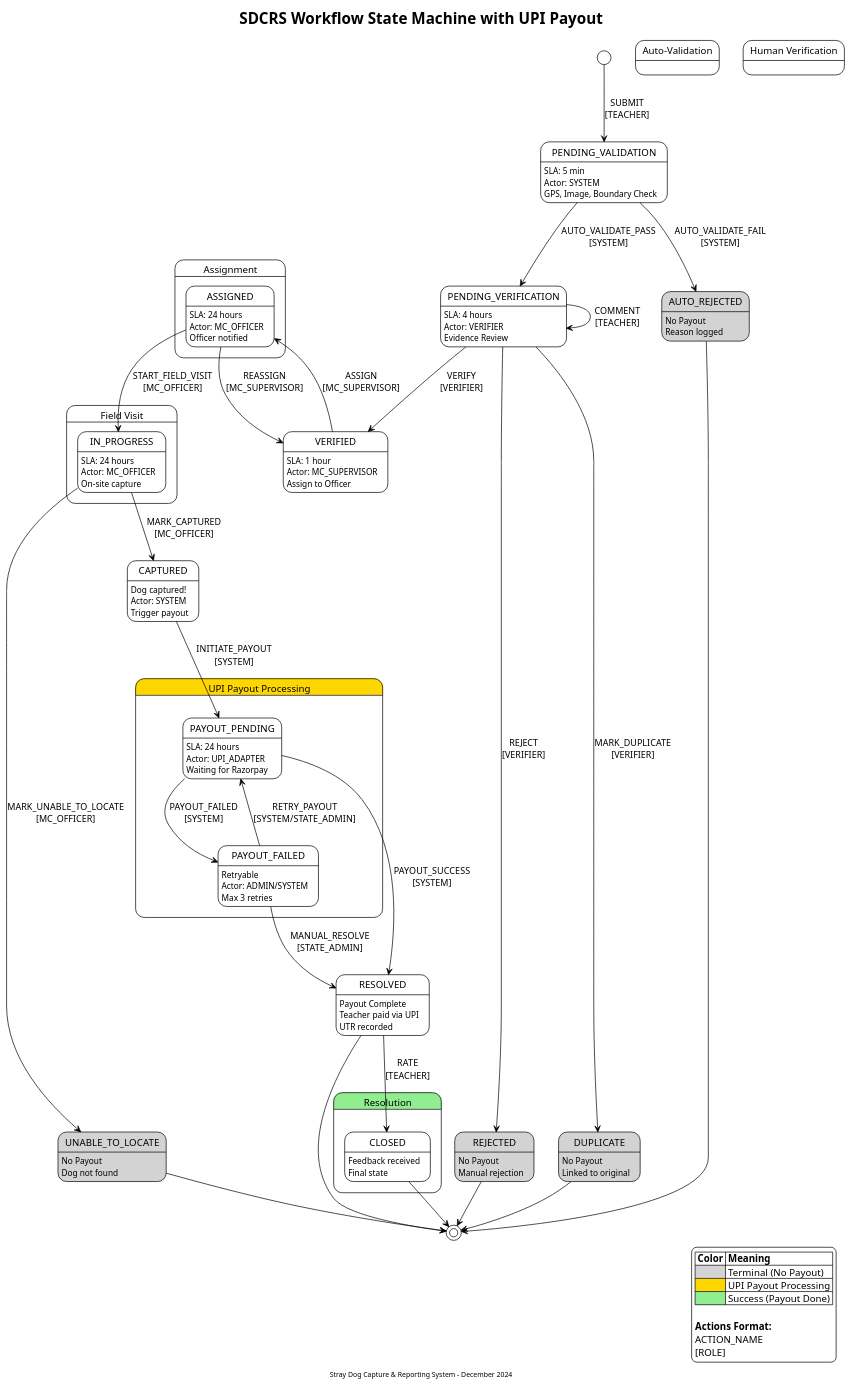
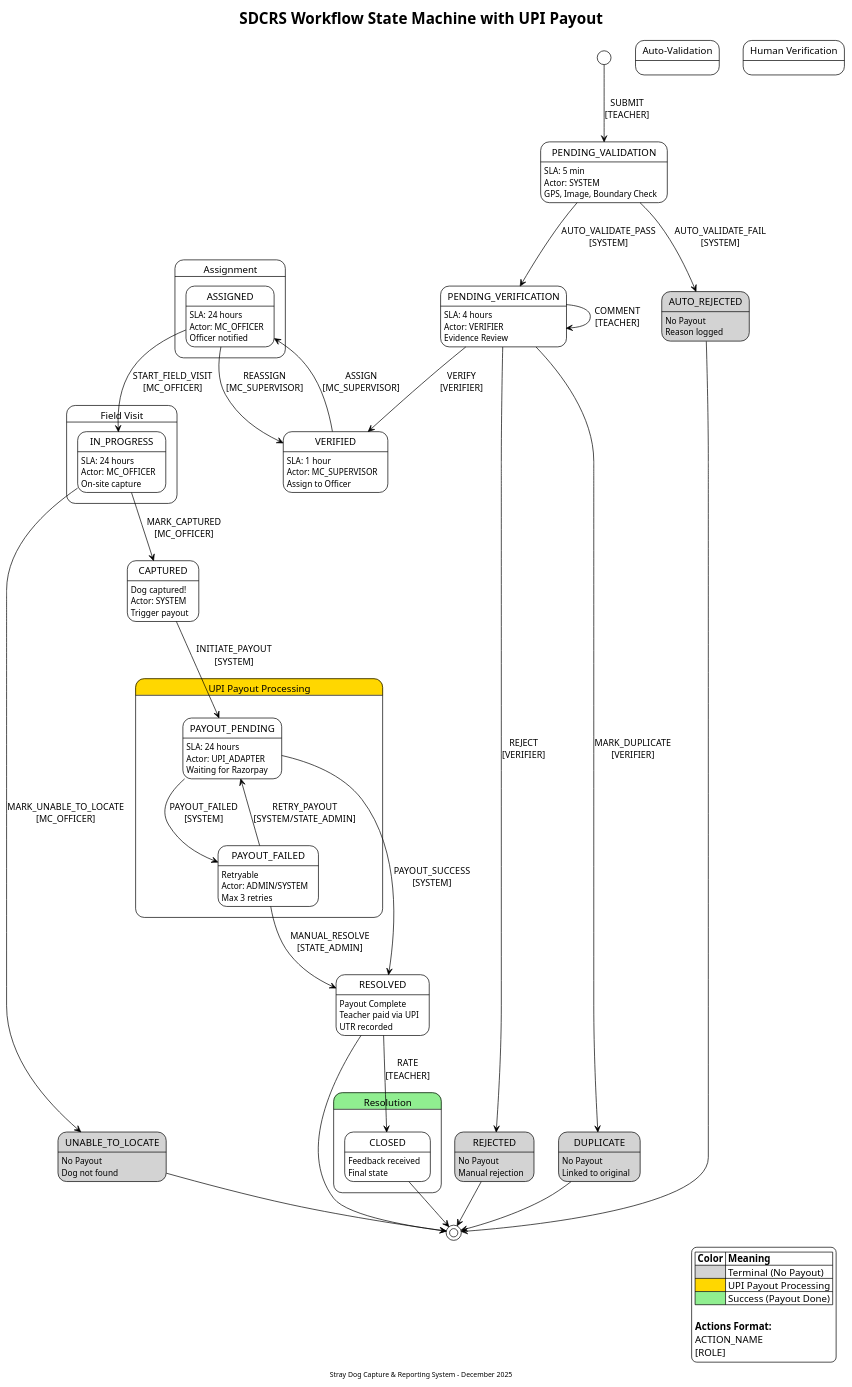
The diagram in design-outputs/06-workflow/SDCRS_StateMachine_UPI.puml (ChakshuGautam/stray-dog-capture-DIGIT), drawn with PlantUML before and after one commit. The commit also changed 7 other files, not shown here.

```diff
--- a/design-outputs/06-workflow/SDCRS_StateMachine_UPI.puml
+++ b/design-outputs/06-workflow/SDCRS_StateMachine_UPI.puml
@@ -1,146 +1,146 @@
 @startuml SDCRS_StateMachine_UPI
 !theme plain
 title SDCRS Workflow State Machine with UPI Payout
-footer Stray Dog Capture & Reporting System - December 2024
+footer Stray Dog Capture & Reporting System - December 2025
 
 ' Styling
 skinparam state {
   BackgroundColor<<terminal>> LightGray
   BackgroundColor<<success>> LightGreen
   BackgroundColor<<payout>> Gold
   BorderColor Black
 }
 
 ' =========================================================
 ' STATE MACHINE DEFINITION
 ' =========================================================
 
 [*] --> PENDING_VALIDATION : SUBMIT\n[TEACHER]
 
 ' VALIDATION PHASE
 state "Auto-Validation" as validation {
   PENDING_VALIDATION : SLA: 5 min
   PENDING_VALIDATION : Actor: SYSTEM
   PENDING_VALIDATION : GPS, Image, Boundary Check
 }
 
 PENDING_VALIDATION --> PENDING_VERIFICATION : AUTO_VALIDATE_PASS\n[SYSTEM]
 PENDING_VALIDATION --> AUTO_REJECTED : AUTO_VALIDATE_FAIL\n[SYSTEM]
 
 state AUTO_REJECTED <<terminal>> {
   AUTO_REJECTED : No Payout
   AUTO_REJECTED : Reason logged
 }
 AUTO_REJECTED --> [*]
 
 ' VERIFICATION PHASE
 state "Human Verification" as verification {
   PENDING_VERIFICATION : SLA: 4 hours
   PENDING_VERIFICATION : Actor: VERIFIER
   PENDING_VERIFICATION : Evidence Review
 }
 
 PENDING_VERIFICATION --> VERIFIED : VERIFY\n[VERIFIER]
 PENDING_VERIFICATION --> REJECTED : REJECT\n[VERIFIER]
 PENDING_VERIFICATION --> DUPLICATE : MARK_DUPLICATE\n[VERIFIER]
 PENDING_VERIFICATION --> PENDING_VERIFICATION : COMMENT\n[TEACHER]
 
 state REJECTED <<terminal>> {
   REJECTED : No Payout
   REJECTED : Manual rejection
 }
 REJECTED --> [*]
 
 state DUPLICATE <<terminal>> {
   DUPLICATE : No Payout
   DUPLICATE : Linked to original
 }
 DUPLICATE --> [*]
 
 ' ASSIGNMENT PHASE
 state "Assignment" as assignment {
   VERIFIED : SLA: 1 hour
   VERIFIED : Actor: MC_SUPERVISOR
   VERIFIED : Assign to Officer
 
   ASSIGNED : SLA: 24 hours
   ASSIGNED : Actor: MC_OFFICER
   ASSIGNED : Officer notified
 }
 
 VERIFIED --> ASSIGNED : ASSIGN\n[MC_SUPERVISOR]
 ASSIGNED --> VERIFIED : REASSIGN\n[MC_SUPERVISOR]
 
 ' FIELD VISIT PHASE
 state "Field Visit" as fieldVisit {
   IN_PROGRESS : SLA: 24 hours
   IN_PROGRESS : Actor: MC_OFFICER
   IN_PROGRESS : On-site capture
 }
 
 ASSIGNED --> IN_PROGRESS : START_FIELD_VISIT\n[MC_OFFICER]
 
 IN_PROGRESS --> CAPTURED : MARK_CAPTURED\n[MC_OFFICER]
 IN_PROGRESS --> UNABLE_TO_LOCATE : MARK_UNABLE_TO_LOCATE\n[MC_OFFICER]
 
 state UNABLE_TO_LOCATE <<terminal>> {
   UNABLE_TO_LOCATE : No Payout
   UNABLE_TO_LOCATE : Dog not found
 }
 UNABLE_TO_LOCATE --> [*]
 
 ' =========================================================
 ' UPI PAYOUT PHASE (NEW)
 ' =========================================================
 state "UPI Payout Processing" as payoutPhase <<payout>> {
   CAPTURED : Dog captured!
   CAPTURED : Actor: SYSTEM
   CAPTURED : Trigger payout
 
   PAYOUT_PENDING : SLA: 24 hours
   PAYOUT_PENDING : Actor: UPI_ADAPTER
   PAYOUT_PENDING : Waiting for Razorpay
 
   PAYOUT_FAILED : Retryable
   PAYOUT_FAILED : Actor: ADMIN/SYSTEM
   PAYOUT_FAILED : Max 3 retries
 }
 
 CAPTURED --> PAYOUT_PENDING : INITIATE_PAYOUT\n[SYSTEM]
 
 PAYOUT_PENDING --> RESOLVED : PAYOUT_SUCCESS\n[SYSTEM]
 PAYOUT_PENDING --> PAYOUT_FAILED : PAYOUT_FAILED\n[SYSTEM]
 
 PAYOUT_FAILED --> PAYOUT_PENDING : RETRY_PAYOUT\n[SYSTEM/STATE_ADMIN]
 PAYOUT_FAILED --> RESOLVED : MANUAL_RESOLVE\n[STATE_ADMIN]
 
 ' RESOLUTION PHASE
 state "Resolution" as resolution <<success>> {
   RESOLVED : Payout Complete
   RESOLVED : Teacher paid via UPI
   RESOLVED : UTR recorded
 
   CLOSED : Feedback received
   CLOSED : Final state
 }
 
 RESOLVED --> CLOSED : RATE\n[TEACHER]
 
 RESOLVED --> [*]
 CLOSED --> [*]
 
 ' =========================================================
 ' LEGEND
 ' =========================================================
 legend right
   |= Color |= Meaning |
   |<#LightGray>| Terminal (No Payout) |
   |<#Gold>| UPI Payout Processing |
   |<#LightGreen>| Success (Payout Done) |
 
   **Actions Format:**
   ACTION_NAME
   [ROLE]
 endlegend
 
 @enduml
```
